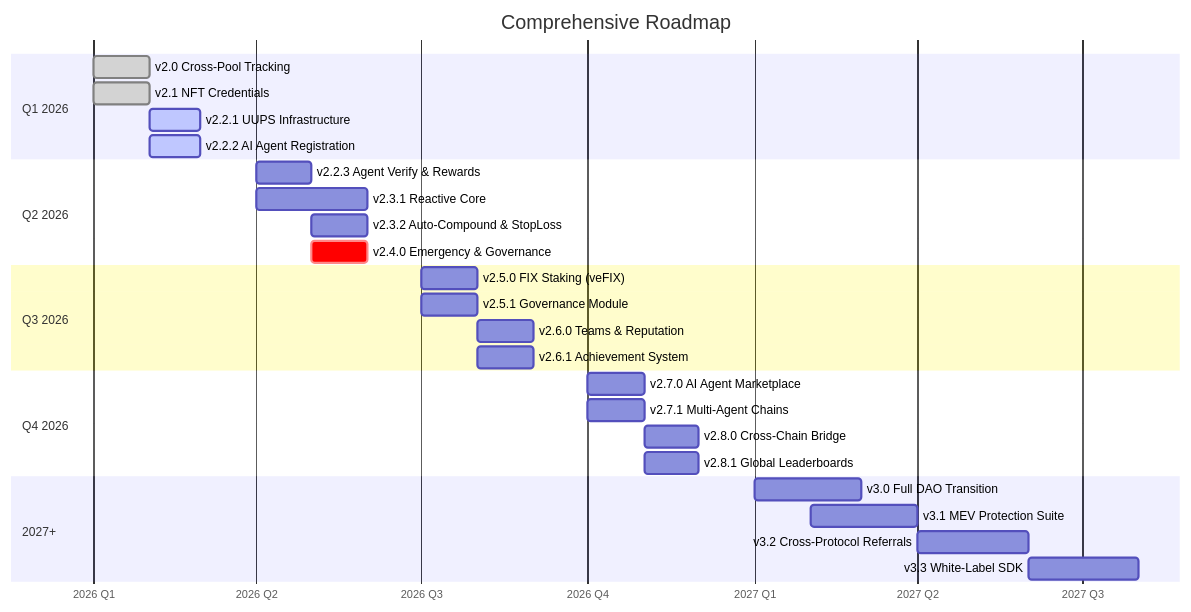
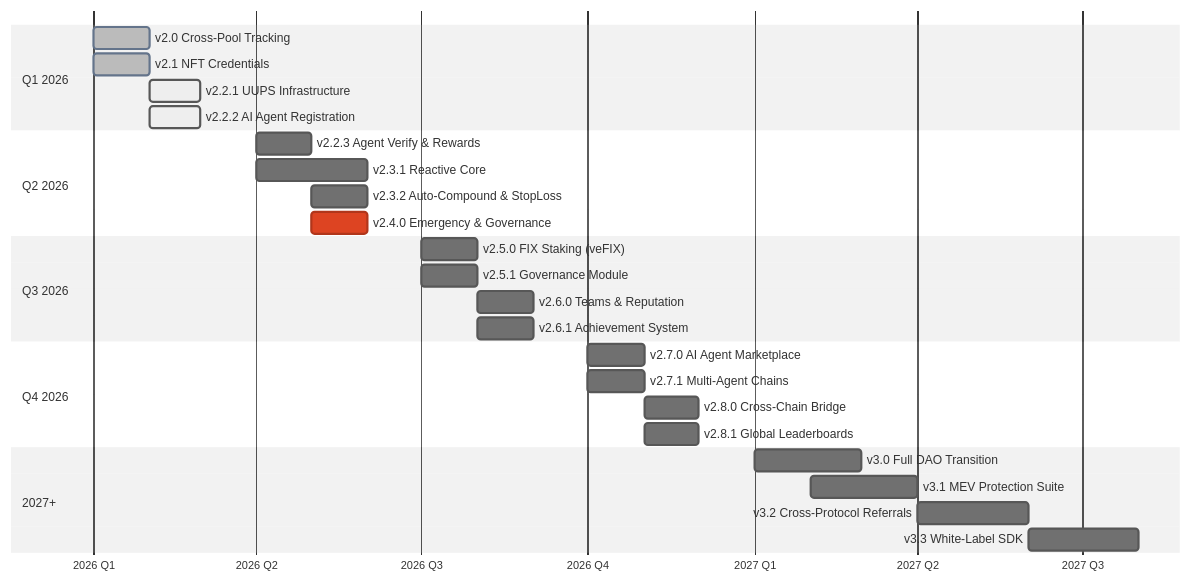
Diagram 12 of 13 in docs/ENHANCEMENT_BRAINSTORM.md (guglxni/the-fixer-hook), drawn with Mermaid before and after one commit. The commit also changed other lines of this file and 514 other files, not shown here.

Commit message:
Clean docs: remove emojis, add professional mermaid styling

````diff
--- a/docs/ENHANCEMENT_BRAINSTORM.md
+++ b/docs/ENHANCEMENT_BRAINSTORM.md
@@ -724,36 +686,31 @@
 ```mermaid
+%%{init: {'theme': 'neutral', 'themeVariables': { 'primaryColor': '#2563eb', 'primaryTextColor': '#1e293b', 'primaryBorderColor': '#3b82f6', 'lineColor': '#64748b', 'secondaryColor': '#f1f5f9', 'tertiaryColor': '#e2e8f0'}}}%%
 gantt
-    title Comprehensive Roadmap
     dateFormat YYYY-MM
     axisFormat %Y Q%q
-
     section Q1 2026
     v2.0 Cross-Pool Tracking        :done, 2026-01, 2026-02
     v2.1 NFT Credentials            :done, 2026-01, 2026-02
     v2.2.1 UUPS Infrastructure      :active, 2026-02, 2026-03
     v2.2.2 AI Agent Registration    :active, 2026-02, 2026-03
-
     section Q2 2026
     v2.2.3 Agent Verify & Rewards   :2026-04, 2026-05
     v2.3.1 Reactive Core            :2026-04, 2026-06
     v2.3.2 Auto-Compound & StopLoss :2026-05, 2026-06
     v2.4.0 Emergency & Governance   :crit, 2026-05, 2026-06
-
     section Q3 2026
     v2.5.0 FIX Staking (veFIX)      :2026-07, 2026-08
     v2.5.1 Governance Module        :2026-07, 2026-08
     v2.6.0 Teams & Reputation       :2026-08, 2026-09
     v2.6.1 Achievement System       :2026-08, 2026-09
-
     section Q4 2026
     v2.7.0 AI Agent Marketplace     :2026-10, 2026-11
     v2.7.1 Multi-Agent Chains       :2026-10, 2026-11
     v2.8.0 Cross-Chain Bridge       :2026-11, 2026-12
     v2.8.1 Global Leaderboards      :2026-11, 2026-12
-
     section 2027+
     v3.0 Full DAO Transition        :2027-01, 2027-03
     v3.1 MEV Protection Suite       :2027-02, 2027-04
     v3.2 Cross-Protocol Referrals   :2027-04, 2027-06
     v3.3 White-Label SDK            :2027-06, 2027-08
 ```
````
